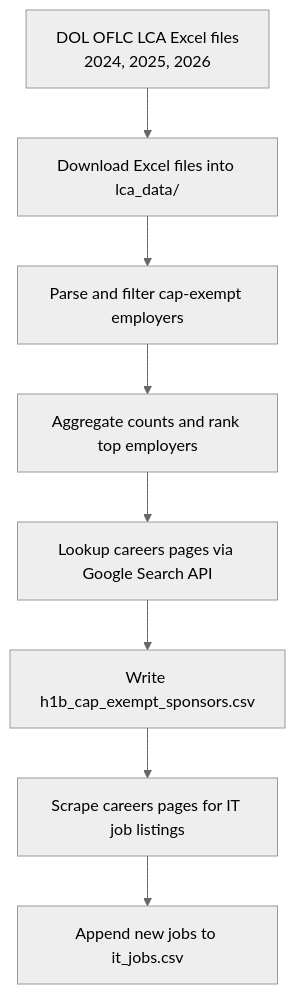
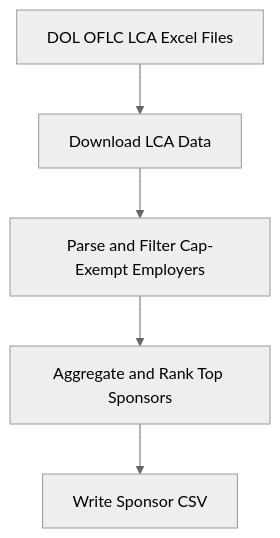
The diagram in README.md (kyxap1/H1B_cap_exempt_JobTracker), drawn with Mermaid (neutral theme) before and after one commit. The commit also changed other lines of this file and 7 other files, not shown here.

````diff
--- a/README.md
+++ b/README.md
@@ -16,10 +18,7 @@
 ```mermaid
 flowchart TD
-    A[DOL OFLC LCA Excel files<br/>2024, 2025, 2026] --> B[Download Excel files into lca_data/]
-    B --> C[Parse and filter cap-exempt employers]
-    C --> D[Aggregate counts and rank top employers]
-    D --> E[Lookup careers pages via Google Search API]
-    E --> F[Write h1b_cap_exempt_sponsors.csv]
-    F --> G[Scrape careers pages for IT job listings]
-    G --> H[Append new jobs to it_jobs.csv]
+    A[DOL OFLC LCA Excel Files] --> B[Download LCA Data]
+    B --> C[Parse and Filter Cap-Exempt Employers]
+    C --> D[Aggregate and Rank Top Sponsors]
+    D --> E[Write Sponsor CSV]
 ```
````
